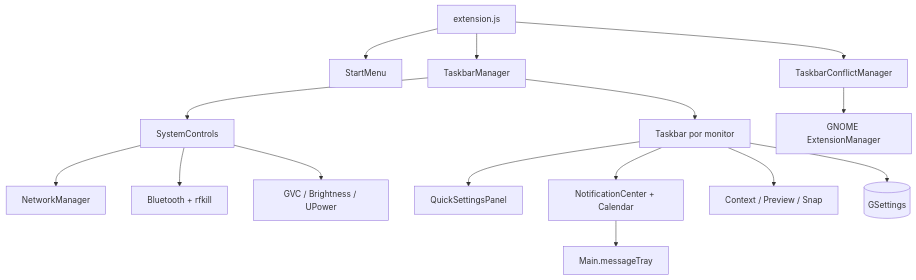
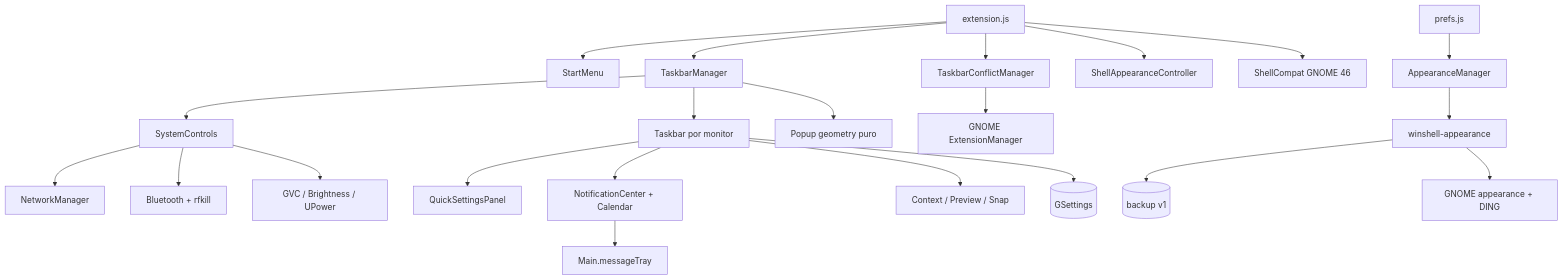
One commit to iklav-tech/winshell changed the diagram in docs/architecture.md. Above: the diagram before and after it, drawn with Mermaid. The commit also changed other lines of this file and 97 other files, not shown here.

First line of the commit message:
feat: implement SPEC 00 architecture and quality hardening

````diff
--- a/docs/architecture.md
+++ b/docs/architecture.md
@@ -7,17 +7,24 @@
 ```mermaid
 flowchart TD
   E[extension.js] --> S[StartMenu]
   E --> M[TaskbarManager]
   E --> H[TaskbarConflictManager]
+  E --> A[ShellAppearanceController]
+  E --> SC[ShellCompat GNOME 46]
   H --> EM[GNOME ExtensionManager]
   M --> C[SystemControls]
   M --> T[Taskbar por monitor]
   T --> Q[QuickSettingsPanel]
   T --> N[NotificationCenter + Calendar]
   T --> X[Context / Preview / Snap]
   C --> NM[NetworkManager]
   C --> BT[Bluetooth + rfkill]
   C --> AV[GVC / Brightness / UPower]
   N --> MT[Main.messageTray]
+  M --> PG[Popup geometry puro]
   T --> GS[(GSettings)]
+  P[prefs.js] --> AM[AppearanceManager]
+  AM --> AH[winshell-appearance]
+  AH --> BK[(backup v1)]
+  AH --> DG[GNOME appearance + DING]
 ```
````
